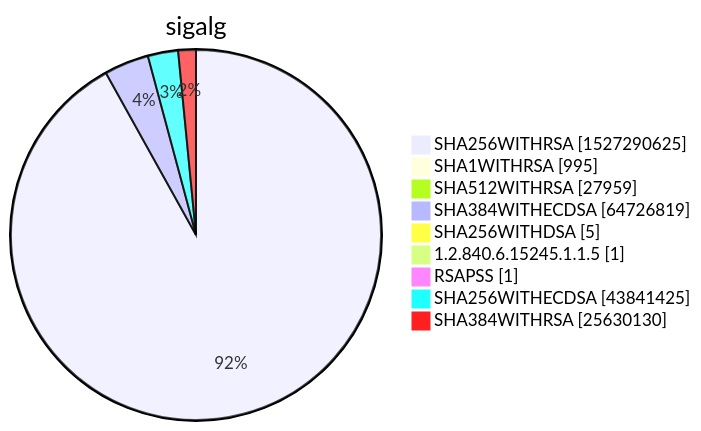
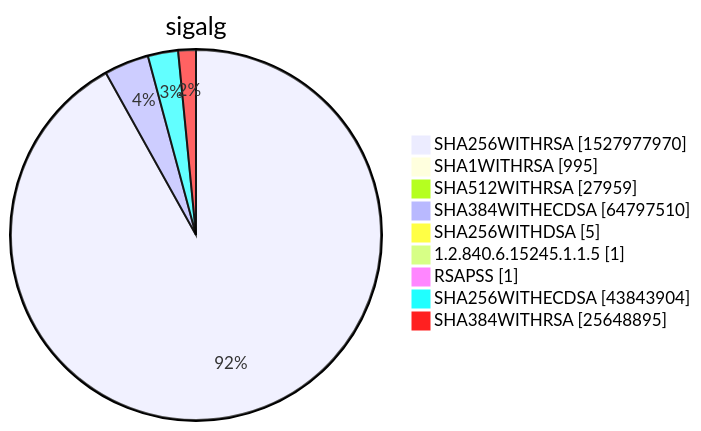
Before and after one commit to christiankrug/ctmonitor_visualization: diagram 15 of 15 in xenon2022/README.md, drawn with Mermaid. The commit also changed other lines of this file, not shown here.

````diff
--- a/xenon2022/README.md
+++ b/xenon2022/README.md
@@ -5866,13 +5866,13 @@
 ```mermaid
 pie showData
 title sigalg
-"SHA256WITHRSA" :1527290625
+"SHA256WITHRSA" :1527977970
 "SHA1WITHRSA" :995
 "SHA512WITHRSA" :27959
-"SHA384WITHECDSA" :64726819
+"SHA384WITHECDSA" :64797510
 "SHA256WITHDSA" :5
 "1.2.840.6.15245.1.1.5" :1
 "RSAPSS" :1
-"SHA256WITHECDSA" :43841425
-"SHA384WITHRSA" :25630130
+"SHA256WITHECDSA" :43843904
+"SHA384WITHRSA" :25648895
 ```
````
